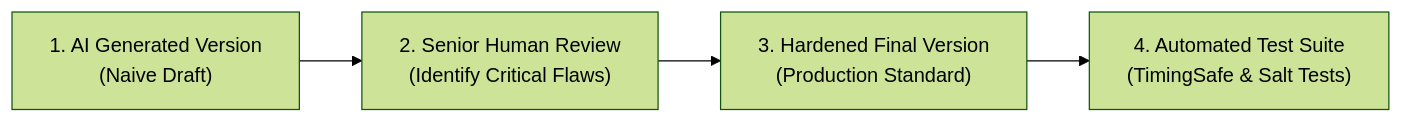
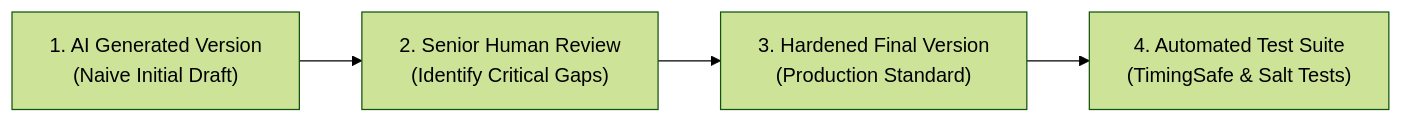
One commit to napaporn-s/lockgo-platform changed the diagram in docs/09_AI_PROMPTS_AND_TRANSCRIPTS.md. Above: the diagram before and after it, drawn with Mermaid (forest theme). The commit also changed other lines of this file and 3 other files, not shown here.

Commit message:
fix(docs/erd): เพิ่ม ORDERS entity ใน ERD ครบทุก attributes, เขียน Topic 19 Internal Dev Tooling ใหม่, ขยาย SRE Playbook 7 ครบ 7 มิติ

````diff
--- a/docs/09_AI_PROMPTS_AND_TRANSCRIPTS.md
+++ b/docs/09_AI_PROMPTS_AND_TRANSCRIPTS.md
@@ -171,6 +177,6 @@
 ```mermaid
 flowchart LR
-    V1["1. AI Generated Version\n(Naive Draft)"] --> Review["2. Senior Human Review\n(Identify Critical Flaws)"]
+    V1["1. AI Generated Version\n(Naive Initial Draft)"] --> Review["2. Senior Human Review\n(Identify Critical Gaps)"]
     Review --> V2["3. Hardened Final Version\n(Production Standard)"]
     V2 --> Tests["4. Automated Test Suite\n(TimingSafe & Salt Tests)"]
 ```
````
